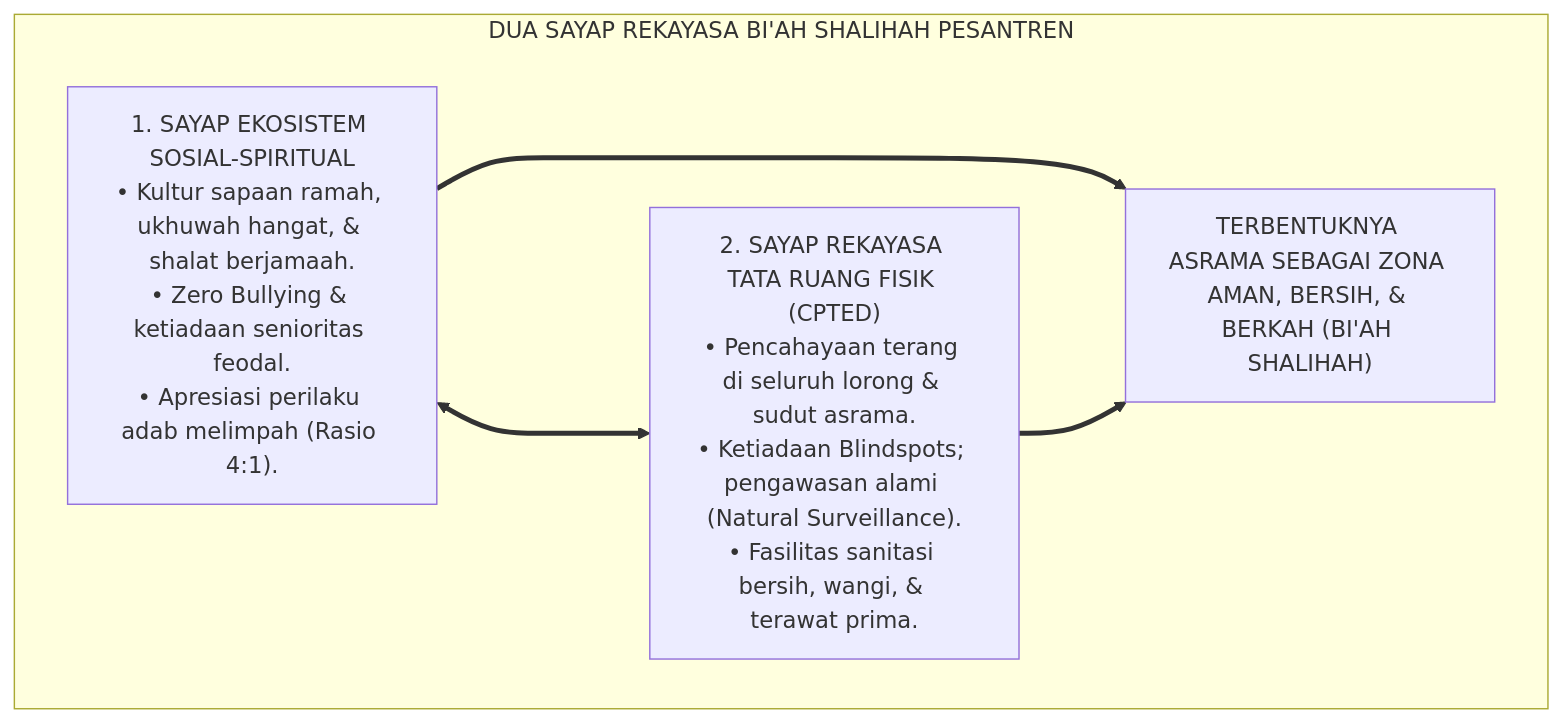
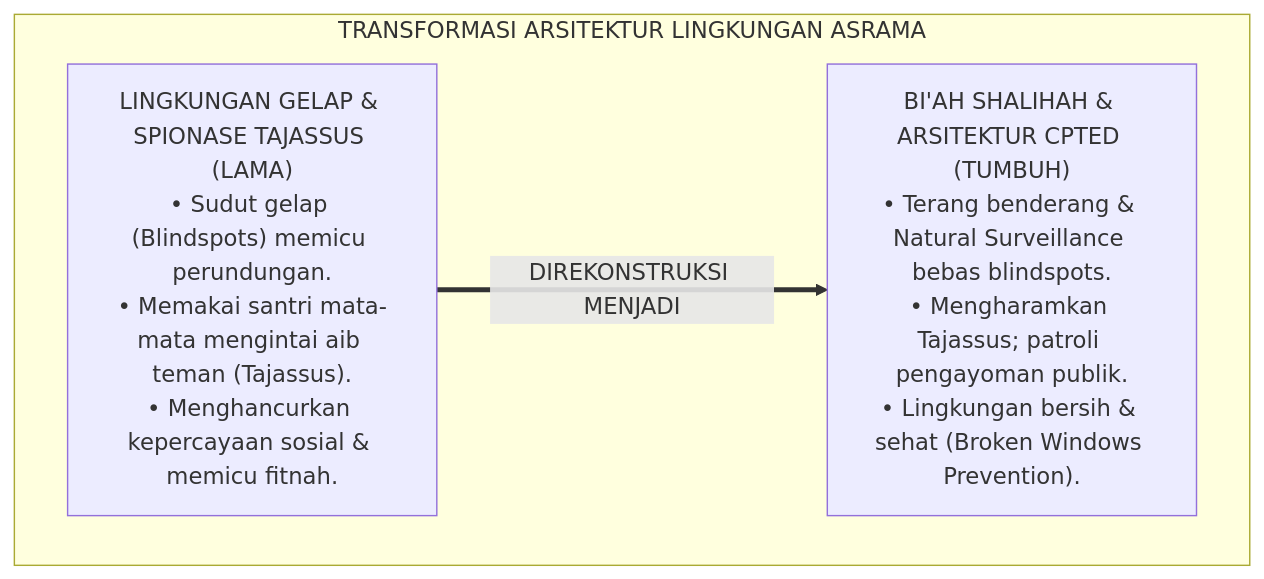
One commit to wandiapriliyandi/tumbuh changed the first of 4 diagrams in 01 Philosophy/06 Change/P1-06-03-Ekosistem-Biah-Shalihah-dan-Desain-Lingkungan.md. Above: the diagram before and after it, drawn with Mermaid. The commit also changed other lines of this file and 7 other files, not shown here.

````diff
--- a/01 Philosophy/06 Change/P1-06-03-Ekosistem-Biah-Shalihah-dan-Desain-Lingkungan.md
+++ b/01 Philosophy/06 Change/P1-06-03-Ekosistem-Biah-Shalihah-dan-Desain-Lingkungan.md
@@ -65,14 +56,10 @@
 ```mermaid
 flowchart TD
-    subgraph RekayasaBiahShalihah["DUA SAYAP REKAYASA BI'AH SHALIHAH PESANTREN"]
-        Sosial["1. SAYAP EKOSISTEM SOSIAL-SPIRITUAL<br/>• Kultur sapaan ramah, ukhuwah hangat, & shalat berjamaah.<br/>• Zero Bullying & ketiadaan senioritas feodal.<br/>• Apresiasi perilaku adab melimpah (Rasio 4:1)."]
+    subgraph TransformasiRekayasaLingkungan["TRANSFORMASI ARSITEKTUR LINGKUNGAN ASRAMA"]
+        PolaGelapLama["LINGKUNGAN GELAP & SPIONASE TAJASSUS (LAMA)<br/>• Sudut gelap (Blindspots) memicu perundungan.<br/>• Memakai santri mata-mata mengintai aib teman (Tajassus).<br/>• Menghancurkan kepercayaan sosial & memicu fitnah."]
         
-        Fisik["2. SAYAP REKAYASA TATA RUANG FISIK (CPTED)<br/>• Pencahayaan terang di seluruh lorong & sudut asrama.<br/>• Ketiadaan Blindspots; pengawasan alami (Natural Surveillance).<br/>• Fasilitas sanitasi bersih, wangi, & terawat prima."]
+        PolaCPTEDTUMBUH["BI'AH SHALIHAH & ARSITEKTUR CPTED (TUMBUH)<br/>• Terang benderang & Natural Surveillance bebas blindspots.<br/>• Mengharamkan Tajassus; patroli pengayoman publik.<br/>• Lingkungan bersih & sehat (Broken Windows Prevention)."]
         
-        Sosial <===> Fisik
-        
-        Hasil["TERBENTUKNYA ASRAMA SEBAGAI ZONA AMAN, BERSIH, & BERKAH (BI'AH SHALIHAH)"]
-        
-        Sosial & Fisik ==> Hasil
+        PolaGelapLama ==>|DIREKONSTRUKSI MENJADI| PolaCPTEDTUMBUH
     end
 ```
````
